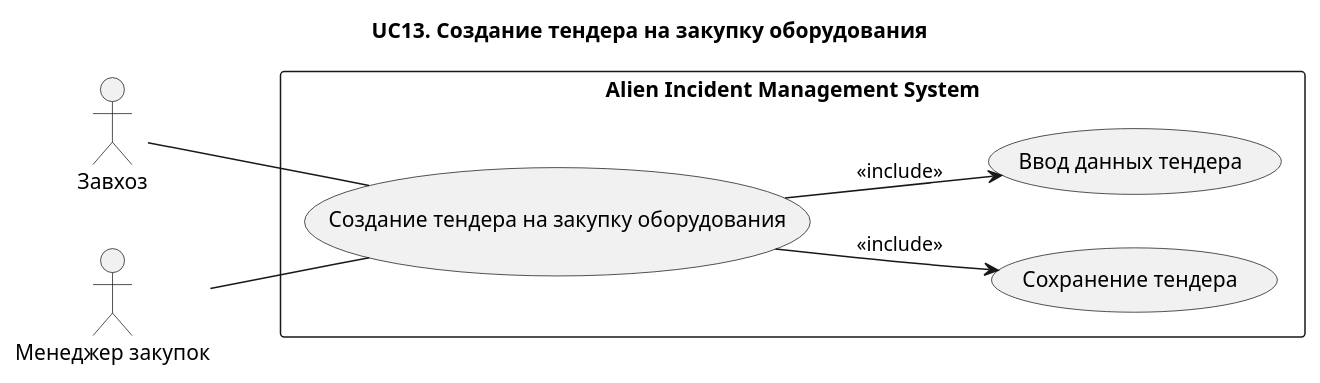
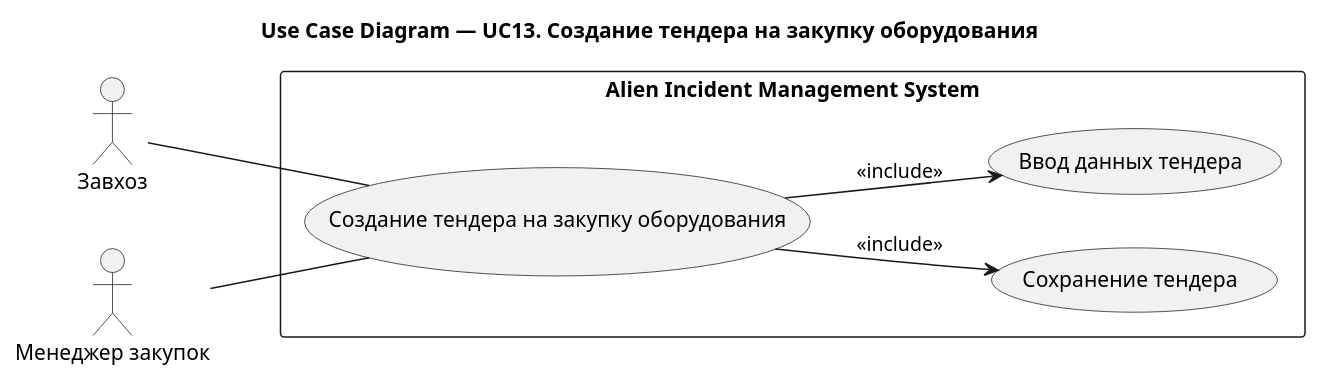
The diagram in docs/use-case/UC13.md (Andryss/AIMS), drawn with PlantUML before and after one commit. The commit also changed 31 other files, not shown here.

````diff
--- a/docs/use-case/UC13.md
+++ b/docs/use-case/UC13.md
@@ -5,25 +5,25 @@
 ```plantuml
 @startuml
-title UC13. Создание тендера на закупку оборудования
+title Use Case Diagram — UC13. Создание тендера на закупку оборудования
 left to right direction
 
 actor "Завхоз" as Storekeeper
 actor "Менеджер закупок" as Procurement
 
 rectangle "Alien Incident Management System" {
 
 (Создание тендера на закупку оборудования) as UC11
 
 (Сохранение тендера) as UC114
 (Ввод данных тендера) as UC111
 
 }
 
 Storekeeper -- UC11
 Procurement -- UC11
 
 UC11 --> UC111 : <<include>>
 UC11 --> UC114 : <<include>>
 
 @enduml
 ```
````
